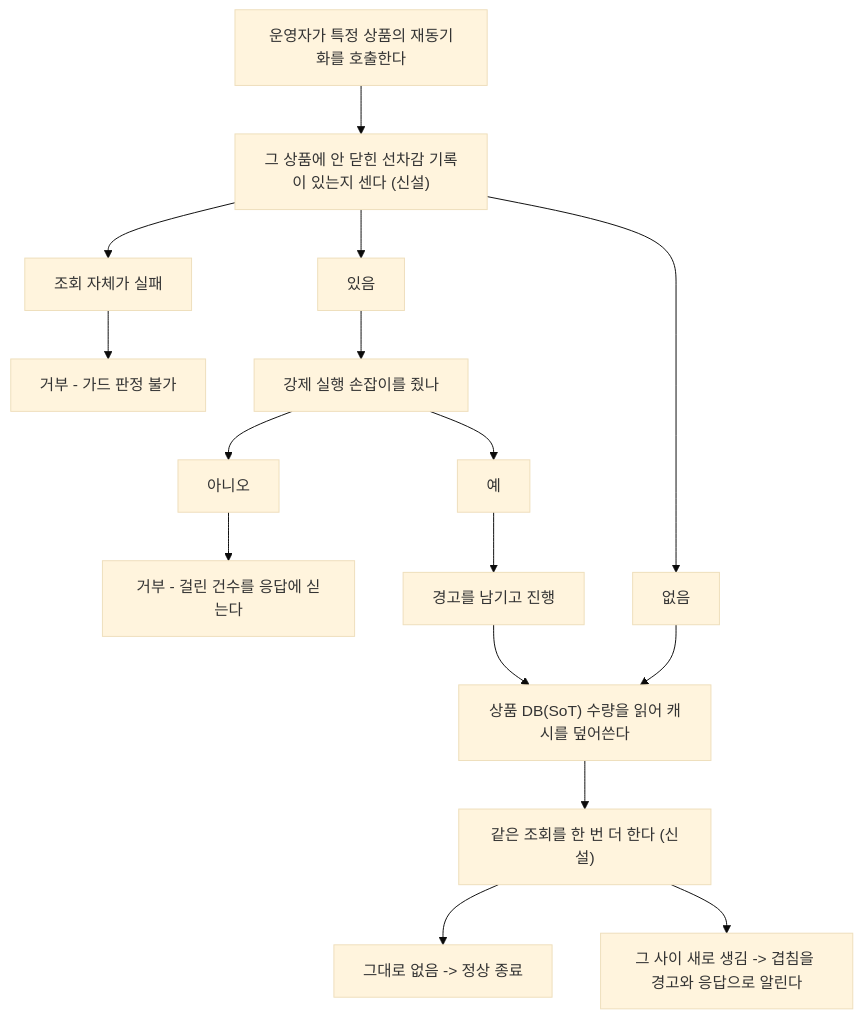
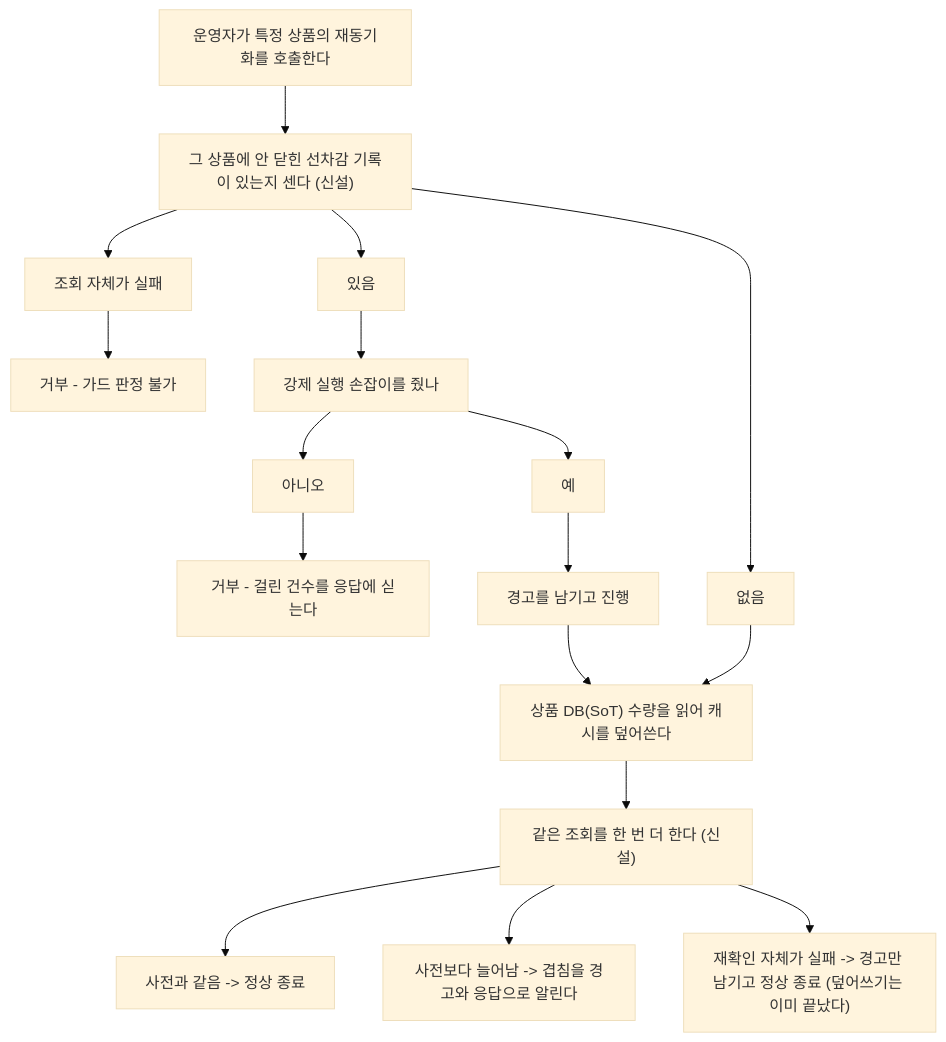
The fourth of 4 diagrams in docs/topics/CLEANUP-BATCH-F.md (hyoguoo/payment-platform), drawn with Mermaid (base theme) before and after one commit. The commit also changed other lines of this file and 2 other files, not shown here.

Commit message:
docs(docs): 후속 정리 6건을 7개 태스크로 분해한다
설계에서 정한 것을 커밋 단위 태스크로 나눈다. 선차감 기록의 상품별 조회를
가드보다 먼저 두어 소비처가 포트를 앞서지 않게 했다.

게이트 지적을 반영해 세 곳을 보정했다.

- 재동기화의 겹침 판정을 사전 0건 기준에서 사후 건수가 사전보다 큰지로
  일반화한다. 강제 실행은 사전 건수가 이미 1 이상이라, 없었는데 생겼는지로
  재면 정작 가장 위험한 경로에서 재확인이 영영 걸리지 않는다
- 사전 조회는 강제 실행 여부와 무관하게 항상 실행한다. 강제 실행이 우회하는
  것은 건수 판정이지 조회가 아니다 — 건너뛰면 재확인의 기준값조차 없이
  덮어쓰게 된다
- 시그니처와 판정 집합이 바뀌며 깨지는 기존 테스트 두 곳을 함께 고치도록
  태스크에 명시한다

훅 검증 항목의 문장도 고쳤다. 검사기가 준비되지 않았을 때 실패해야 하는
것은 테스트이지 훅이 아니다 — 훅의 조용히 넘기는 동작은 그대로 두고 기대
동작으로 함께 고정한다.

Claude-Session: https://claude.ai/code/session_01DoTA9wbWRoawYvNyio7BNC

````diff
--- a/docs/topics/CLEANUP-BATCH-F.md
+++ b/docs/topics/CLEANUP-BATCH-F.md
@@ -138,22 +138,23 @@
 ```mermaid
 flowchart TD
     OP["운영자가 특정 상품의 재동기화를 호출한다"] --> CHK["그 상품에 안 닫힌 선차감 기록이 있는지 센다 (신설)"]
 
     CHK --> ERR["조회 자체가 실패"]
     ERR --> DENY["거부 - 가드 판정 불가"]
 
     CHK --> HAS["있음"]
     HAS --> FORCE["강제 실행 손잡이를 줬나"]
     FORCE --> NO["아니오"]
     NO --> DENY2["거부 - 걸린 건수를 응답에 싣는다"]
     FORCE --> YES["예"]
     YES --> WARN["경고를 남기고 진행"]
 
     CHK --> NONE["없음"]
     NONE --> RUN["상품 DB(SoT) 수량을 읽어 캐시를 덮어쓴다"]
     WARN --> RUN
 
     RUN --> RECHK["같은 조회를 한 번 더 한다 (신설)"]
-    RECHK --> CLEAN["그대로 없음 -> 정상 종료"]
-    RECHK --> COLLIDE["그 사이 새로 생김 -> 겹침을 경고와 응답으로 알린다"]
+    RECHK --> CLEAN["사전과 같음 -> 정상 종료"]
+    RECHK --> COLLIDE["사전보다 늘어남 -> 겹침을 경고와 응답으로 알린다"]
+    RECHK --> RFAIL["재확인 자체가 실패 -> 경고만 남기고 정상 종료 (덮어쓰기는 이미 끝났다)"]
 ```
````
